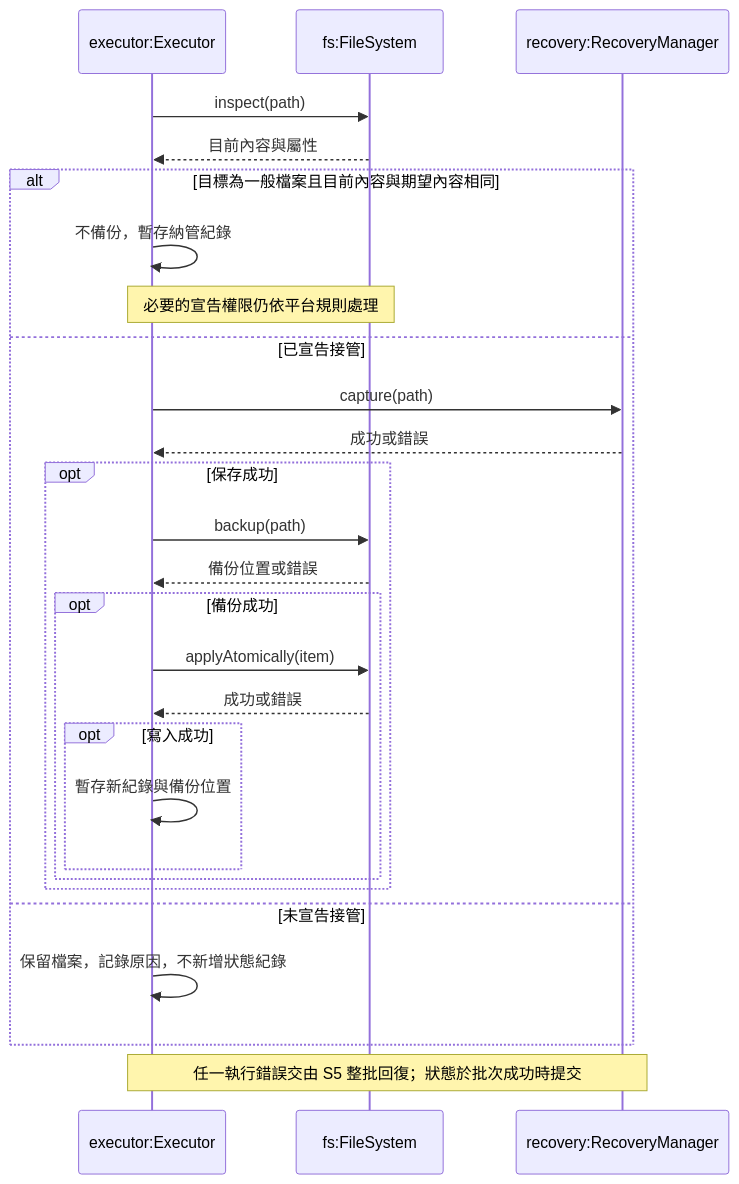
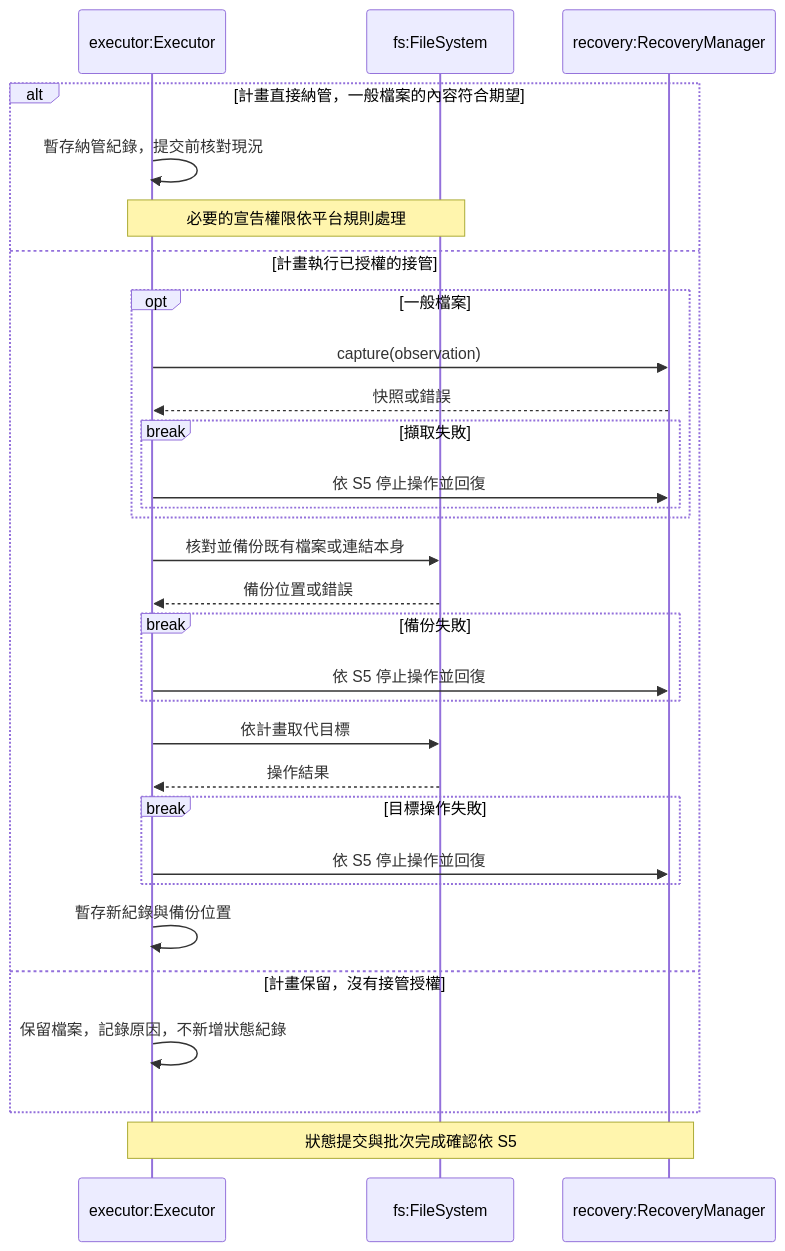
The sixth of 10 diagrams in docs/03-preliminary-design/uml.md (accidental-two-timer-sam-woof/rosamta-waterfall), drawn with Mermaid before and after one commit. The commit also changed other lines of this file and 11 other files, not shown here.

````diff
--- a/docs/03-preliminary-design/uml.md
+++ b/docs/03-preliminary-design/uml.md
@@ -478,29 +509,32 @@
 ```mermaid
 sequenceDiagram
     participant E as executor:Executor
     participant F as fs:FileSystem
     participant R as recovery:RecoveryManager
-    E->>F: inspect(path)
-    F-->>E: 目前內容與屬性
-    alt 目標為一般檔案且目前內容與期望內容相同
-        E->>E: 不備份，暫存納管紀錄
-        Note over E,F: 必要的宣告權限仍依平台規則處理
-    else 已宣告接管
-        E->>R: capture(path)
-        R-->>E: 成功或錯誤
-        opt 保存成功
-            E->>F: backup(path)
-            F-->>E: 備份位置或錯誤
-            opt 備份成功
-                E->>F: applyAtomically(item)
-                F-->>E: 成功或錯誤
-                opt 寫入成功
-                    E->>E: 暫存新紀錄與備份位置
-                end
+    alt 計畫直接納管，一般檔案的內容符合期望
+        E->>E: 暫存納管紀錄，提交前核對現況
+        Note over E,F: 必要的宣告權限依平台規則處理
+    else 計畫執行已授權的接管
+        opt 一般檔案
+            E->>R: capture(observation)
+            R-->>E: 快照或錯誤
+            break 擷取失敗
+                E->>R: 依 S5 停止操作並回復
             end
         end
-    else 未宣告接管
+        E->>F: 核對並備份既有檔案或連結本身
+        F-->>E: 備份位置或錯誤
+        break 備份失敗
+            E->>R: 依 S5 停止操作並回復
+        end
+        E->>F: 依計畫取代目標
+        F-->>E: 操作結果
+        break 目標操作失敗
+            E->>R: 依 S5 停止操作並回復
+        end
+        E->>E: 暫存新紀錄與備份位置
+    else 計畫保留，沒有接管授權
         E->>E: 保留檔案，記錄原因，不新增狀態紀錄
     end
-    Note over E,R: 任一執行錯誤交由 S5 整批回復；狀態於批次成功時提交
+    Note over E,R: 狀態提交與批次完成確認依 S5
 ```
````
